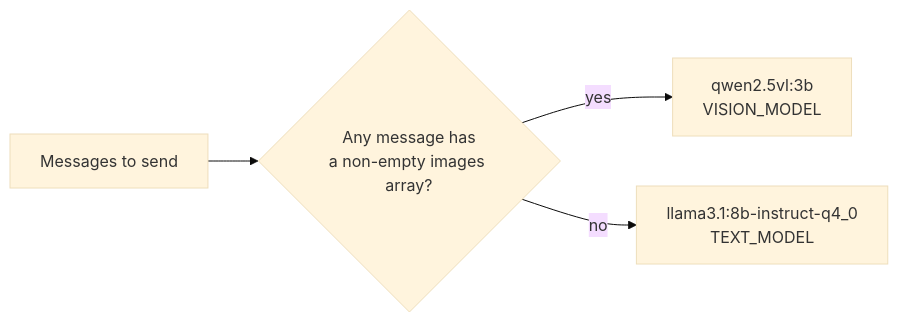
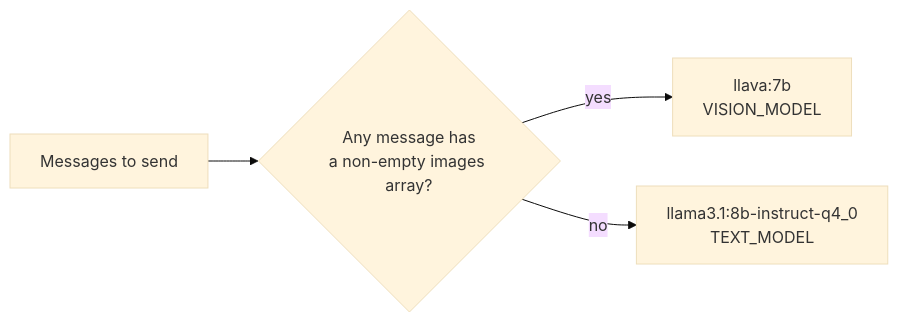
The second of 8 diagrams in docs/architecture.md (koydas/ollama-chat), drawn with Mermaid (base theme) before and after one commit. The commit also changed 4 other files, not shown here.

First line of the commit message:
Switch vision model from qwen2.5vl:3b to llava:7b

````diff
--- a/docs/architecture.md
+++ b/docs/architecture.md
@@ -54,6 +54,6 @@
 ```mermaid
 flowchart LR
     A[Messages to send] --> B{Any message has<br/>a non-empty images array?}
-    B -- yes --> C[qwen2.5vl:3b<br/>VISION_MODEL]
+    B -- yes --> C[llava:7b<br/>VISION_MODEL]
     B -- no --> D[llama3.1:8b-instruct-q4_0<br/>TEXT_MODEL]
 ```
````
